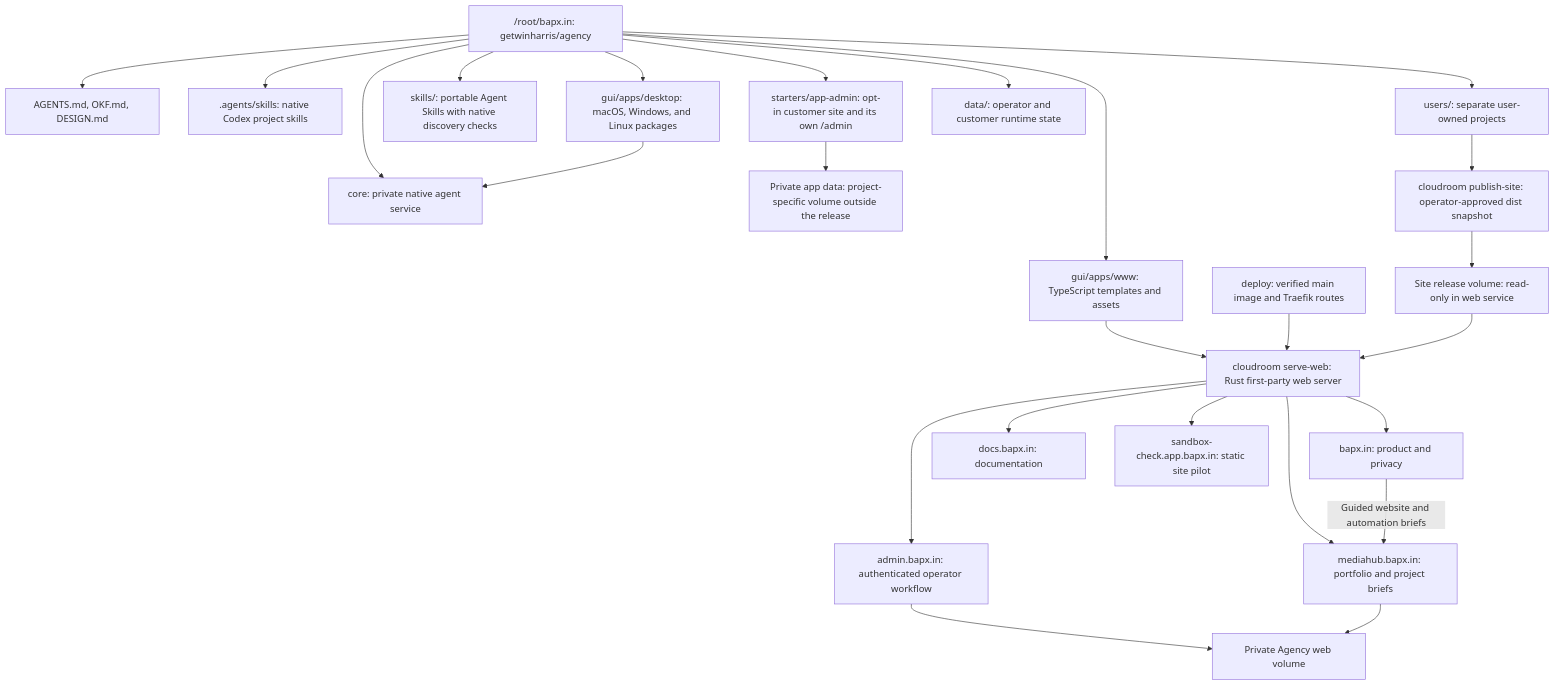
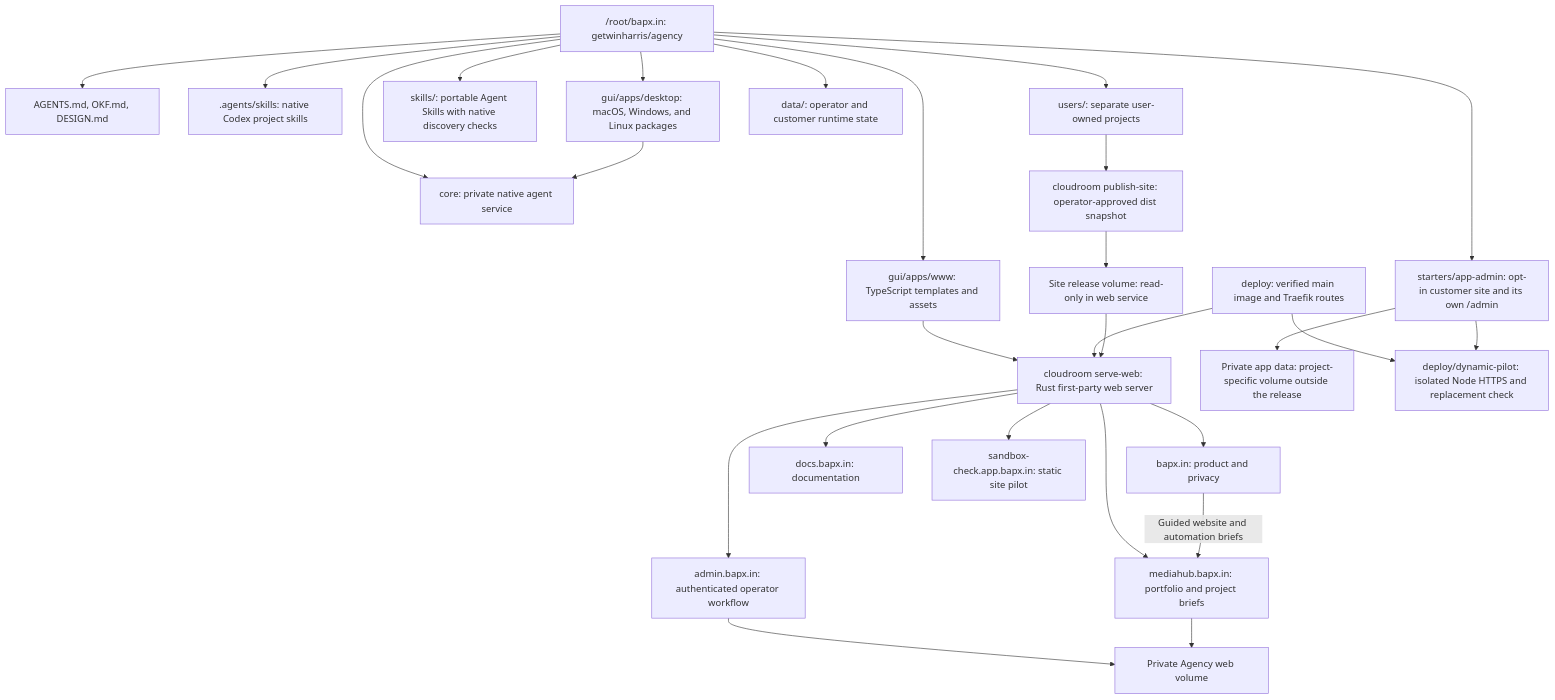
One commit to getwinharris/agency changed the diagram in map.mmd. Above: the diagram before and after it, drawn with Mermaid. The commit also changed 8 other files, not shown here.

Commit message:
Verify isolated HTTPS hosting and app data through replacement

```diff
--- a/map.mmd
+++ b/map.mmd
@@ -1,37 +1,39 @@
 flowchart TD
   root["/root/bapx.in: getwinharris/agency"]
   contracts["AGENTS.md, OKF.md, DESIGN.md"]
   codex[".agents/skills: native Codex project skills"]
   web["gui/apps/www: TypeScript templates and assets"]
   desktop["gui/apps/desktop: macOS, Windows, and Linux packages"]
   sharedSkills["skills/: portable Agent Skills with native discovery checks"]
   core["core: private native agent service"]
   webMode["cloudroom serve-web: Rust first-party web server"]
   deploy["deploy: verified main image and Traefik routes"]
 
   root --> contracts
   root --> codex
   root --> web
   root --> appStarter["starters/app-admin: opt-in customer site and its own /admin"]
   appStarter --> appData["Private app data: project-specific volume outside the release"]
   root --> desktop
   root --> sharedSkills
   root --> core
   web --> webMode
   deploy --> webMode
+  deploy --> dynamicPilot["deploy/dynamic-pilot: isolated Node HTTPS and replacement check"]
+  appStarter --> dynamicPilot
 
   webMode --> landing["bapx.in: product and privacy"]
   webMode --> docs["docs.bapx.in: documentation"]
   webMode --> mediahub["mediahub.bapx.in: portfolio and project briefs"]
   webMode --> admin["admin.bapx.in: authenticated operator workflow"]
   landing -->|"Guided website and automation briefs"| mediahub
   admin --> privateData["Private Agency web volume"]
   mediahub --> privateData
 
   desktop --> core
   root --> users["users/: separate user-owned projects"]
   users --> publish["cloudroom publish-site: operator-approved dist snapshot"]
   publish --> siteReleases["Site release volume: read-only in web service"]
   siteReleases --> webMode
   webMode --> sandboxPilot["sandbox-check.app.bapx.in: static site pilot"]
   root --> runtimeData["data/: operator and customer runtime state"]
```
